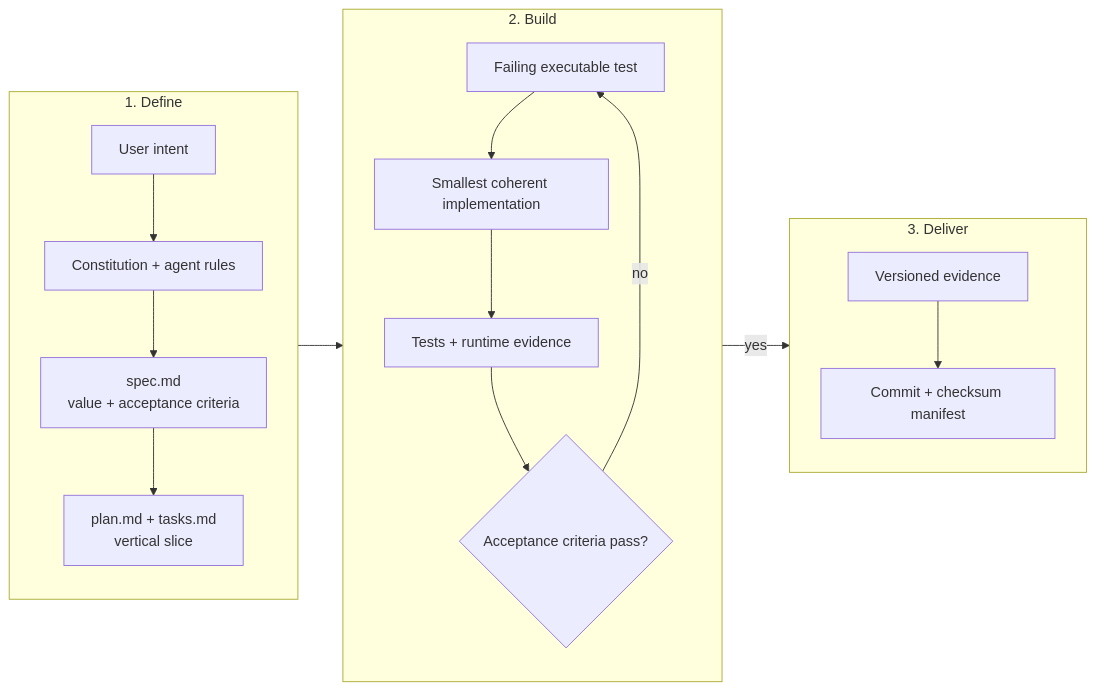
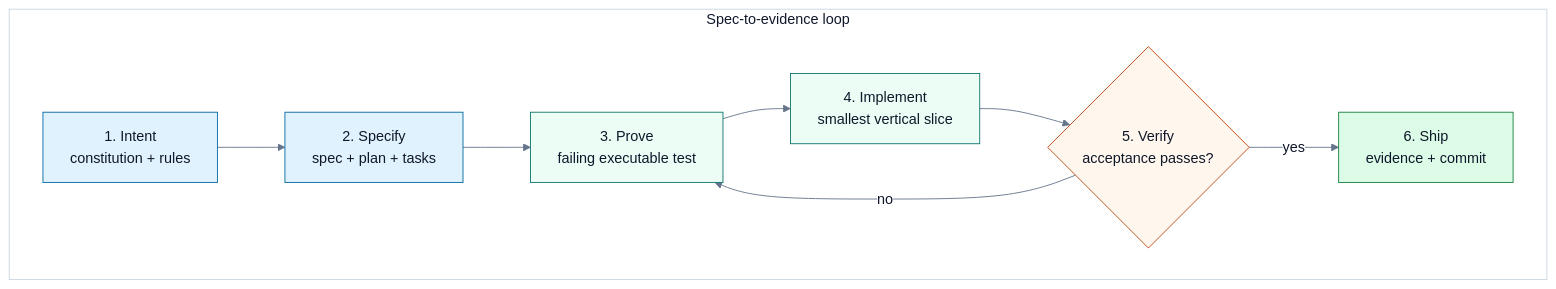
The second of 2 diagrams in README.md (Anarpego/ProteinLoop), drawn with Mermaid before and after one commit. The commit also changed other lines of this file and 8 other files, not shown here.

````diff
--- a/README.md
+++ b/README.md
@@ -55,22 +69,22 @@
 ```mermaid
+%%{init: {"theme":"base","themeVariables":{"darkMode":false,"background":"#ffffff","primaryColor":"#ecfdf5","primaryTextColor":"#0f172a","primaryBorderColor":"#0f766e","lineColor":"#64748b","secondaryColor":"#e0f2fe","tertiaryColor":"#f8fafc","clusterBkg":"#f8fafc","clusterBorder":"#cbd5e1","edgeLabelBackground":"#ffffff"}}}%%
 flowchart LR
-    subgraph Define["1. Define"]
-        direction TB
-        Intent["User intent"] --> Constitution["Constitution + agent rules"]
-        Constitution --> Spec["spec.md<br/>value + acceptance criteria"]
-        Spec --> Plan["plan.md + tasks.md<br/>vertical slice"]
+    subgraph Canvas["Spec-to-evidence loop"]
+        direction LR
+        Intent["1. Intent<br/>constitution + rules"] --> Spec["2. Specify<br/>spec + plan + tasks"]
+        Spec --> Red["3. Prove<br/>failing executable test"]
+        Red --> Code["4. Implement<br/>smallest vertical slice"]
+        Code --> Gate{"5. Verify<br/>acceptance passes?"}
+        Gate -- "no" --> Red
+        Gate -- "yes" --> Ship["6. Ship<br/>evidence + commit"]
     end
-    subgraph Build["2. Build"]
-        direction TB
-        Red["Failing executable test"] --> Code["Smallest coherent implementation"]
-        Code --> Verify["Tests + runtime evidence"]
-        Verify --> Gate{"Acceptance criteria pass?"}
-    end
-    subgraph Deliver["3. Deliver"]
-        direction TB
-        Evidence["Versioned evidence"] --> Ship["Commit + checksum manifest"]
-    end
-    Plan --> Red
-    Gate -- "no" --> Red
-    Gate -- "yes" --> Evidence
+    classDef define fill:#e0f2fe,stroke:#0369a1,color:#0f172a
+    classDef build fill:#ecfdf5,stroke:#0f766e,color:#0f172a
+    classDef decision fill:#fff7ed,stroke:#c2410c,color:#0f172a
+    classDef deliver fill:#dcfce7,stroke:#15803d,color:#0f172a
+    class Intent,Spec define
+    class Red,Code build
+    class Gate decision
+    class Ship deliver
+    style Canvas fill:#ffffff,stroke:#cbd5e1,stroke-width:1px,color:#0f172a
 ```
````
